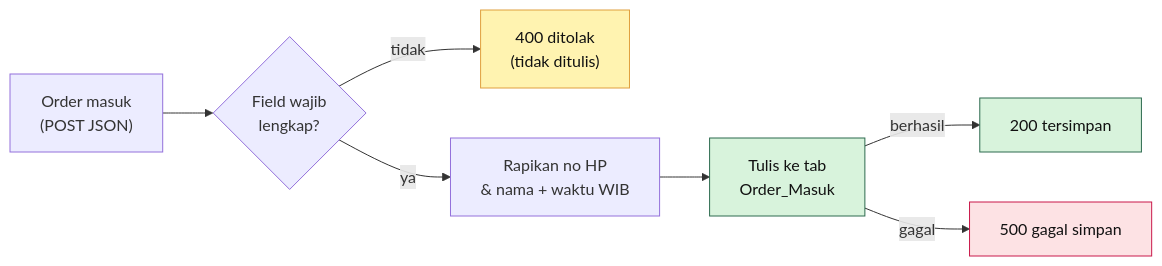
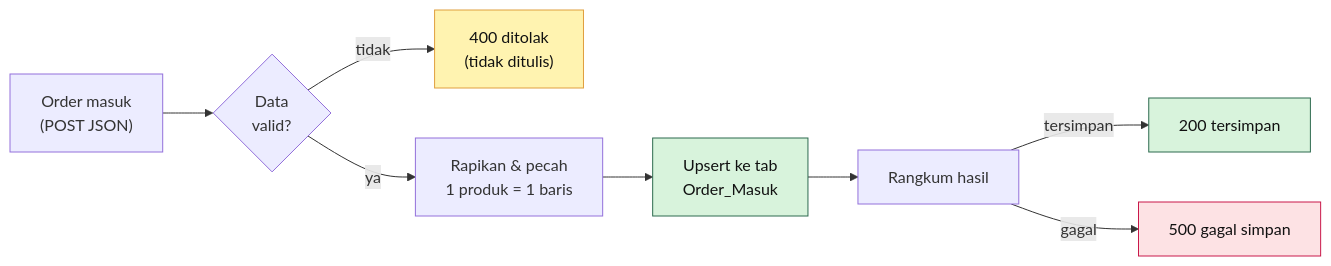
The diagram in docs/05-webhook-ke-google-sheets.md (kiekevin27-ux/ordersync-beauty), drawn with Mermaid before and after one commit. The commit also changed other lines of this file and 34 other files, not shown here.

````diff
--- a/docs/05-webhook-ke-google-sheets.md
+++ b/docs/05-webhook-ke-google-sheets.md
@@ -11,16 +11,17 @@
 ```mermaid
 flowchart LR
-    IN["Order masuk<br/>(POST JSON)"] --> VAL{"Field wajib<br/>lengkap?"}
+    IN["Order masuk<br/>(POST JSON)"] --> VAL{"Data<br/>valid?"}
     VAL -- tidak --> R400["400 ditolak<br/>(tidak ditulis)"]
-    VAL -- ya --> NORM["Rapikan no HP<br/>& nama + waktu WIB"]
-    NORM --> GS["Tulis ke tab<br/>Order_Masuk"]
-    GS -- berhasil --> R200["200 tersimpan"]
-    GS -- gagal --> R500["500 gagal simpan"]
+    VAL -- ya --> NORM["Rapikan & pecah<br/>1 produk = 1 baris"]
+    NORM --> GS["Upsert ke tab<br/>Order_Masuk"]
+    GS --> SUM["Rangkum hasil"]
+    SUM -- tersimpan --> R200["200 tersimpan"]
+    SUM -- gagal --> R500["500 gagal simpan"]
 
     classDef ok fill:#d8f3dc,stroke:#2d6a4f,color:#111;
     classDef bad fill:#fff3b0,stroke:#e09f3e,color:#111;
     classDef err fill:#fde2e4,stroke:#c9184a,color:#111;
     class R200,GS ok;
     class R400 bad;
     class R500 err;
 ```
````
